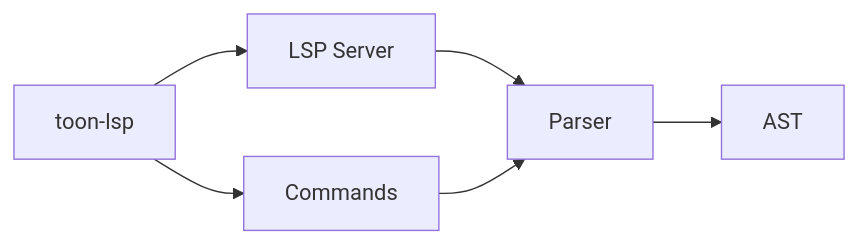
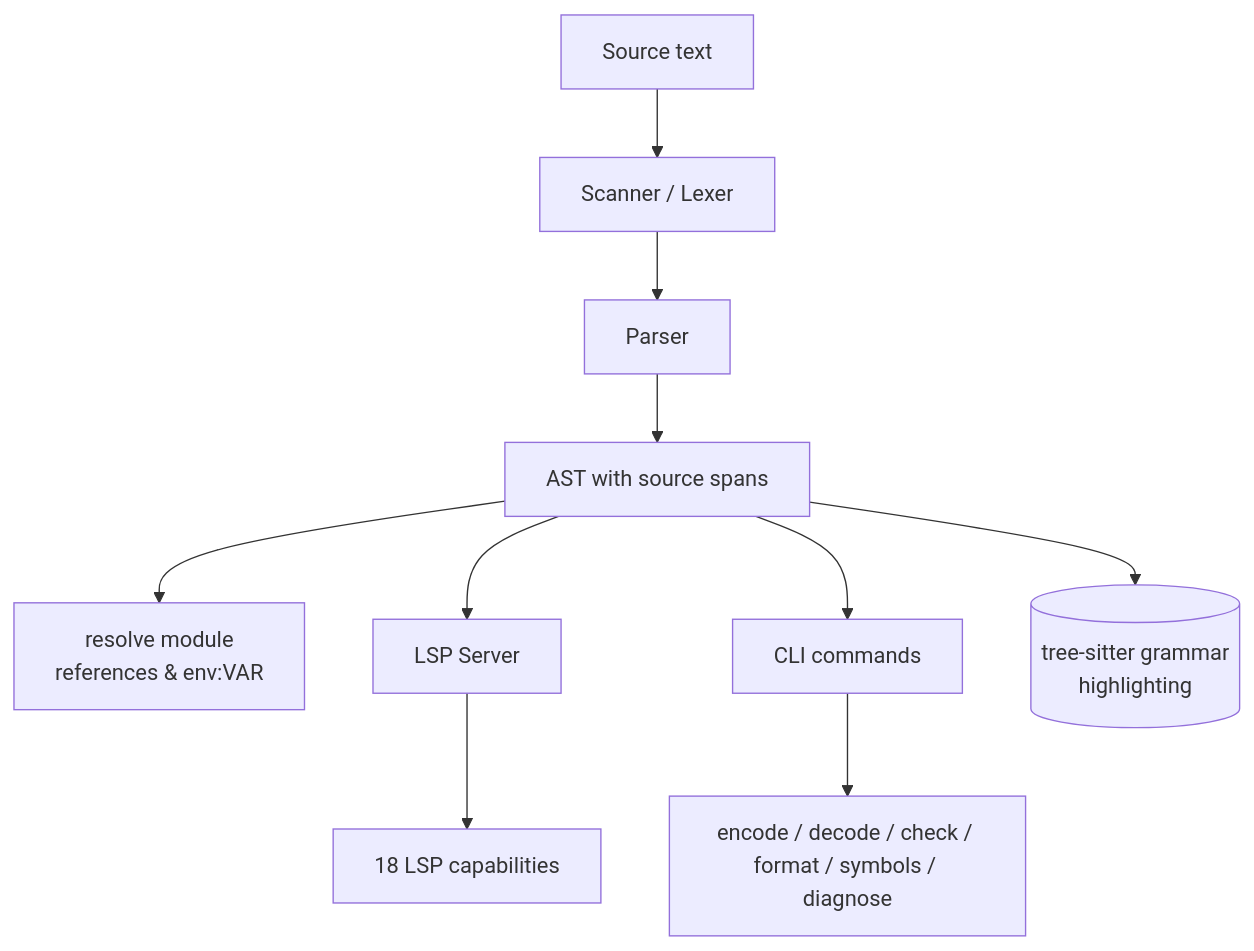
Before and after one commit to w0wl0lxd/toon-lsp: the diagram in README.md, drawn with Mermaid. The commit also changed other lines of this file and 5 other files, not shown here.

````diff
--- a/README.md
+++ b/README.md
@@ -198,9 +241,14 @@
 ```mermaid
-flowchart LR
-    CLI[toon-lsp] --> LSP[LSP Server]
-    CLI --> CMD[Commands]
+flowchart TD
+    SRC[Source text] --> SC[Scanner / Lexer]
+    SC --> P[Parser]
+    P --> AST[AST with source spans]
 
-    LSP --> P[Parser]
-    CMD --> P
-    P --> AST[AST]
+    AST --> RES[resolve module\nreferences & env:VAR]
+    AST --> SRV[LSP Server]
+    AST --> CLI[CLI commands]
+    AST --> TS[(tree-sitter grammar\nhighlighting)]
+
+    SRV --> FEAT[18 LSP capabilities]
+    CLI --> CMDS[encode / decode / check / format / symbols / diagnose]
 ```
````
